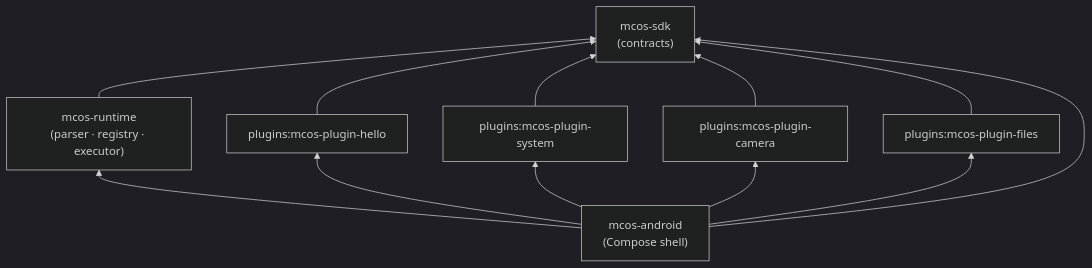
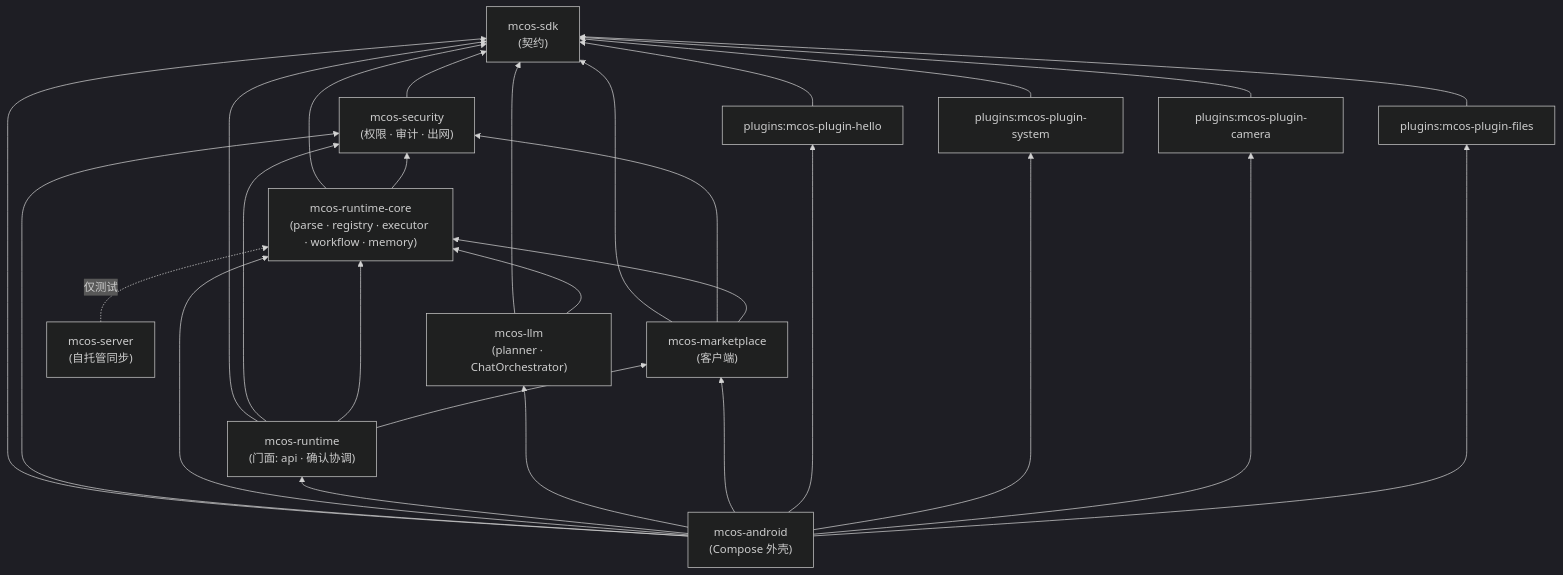
The diagram in docs/zh/REPOSITORIES.md (Morainet/mcos), drawn with Mermaid (dark theme) before and after one commit. The commit also changed other lines of this file, not shown here.

````diff
--- a/docs/zh/REPOSITORIES.md
+++ b/docs/zh/REPOSITORIES.md
@@ -15,22 +15,43 @@
 ```mermaid
 flowchart BT
-    sdk["mcos-sdk<br/>(contracts)"]
-    rt["mcos-runtime<br/>(parser · registry · executor)"]
+    sdk["mcos-sdk<br/>(契约)"]
+    sec["mcos-security<br/>(权限 · 审计 · 出网)"]
+    core["mcos-runtime-core<br/>(parse · registry · executor · workflow · memory)"]
+    llm["mcos-llm<br/>(planner · ChatOrchestrator)"]
+    mkt["mcos-marketplace<br/>(客户端)"]
+    rt["mcos-runtime<br/>(门面: api · 确认协调)"]
     hello["plugins:mcos-plugin-hello"]
     sys["plugins:mcos-plugin-system"]
     cam["plugins:mcos-plugin-camera"]
     files["plugins:mcos-plugin-files"]
-    app["mcos-android<br/>(Compose shell)"]
+    app["mcos-android<br/>(Compose 外壳)"]
+    srv["mcos-server<br/>(自托管同步)"]
 
+    sec --> sdk
+    core --> sdk
+    core --> sec
+    llm --> sdk
+    llm --> core
+    mkt --> sdk
+    mkt --> sec
+    mkt --> core
     rt --> sdk
+    rt --> sec
+    rt --> core
+    rt --> mkt
     hello --> sdk
     sys --> sdk
     cam --> sdk
     files --> sdk
+    app --> sdk
+    app --> sec
+    app --> core
     app --> rt
-    app --> sdk
+    app --> llm
+    app --> mkt
     app --> hello
     app --> sys
     app --> cam
     app --> files
+    srv -.->|"仅测试"| core
 ```
````
